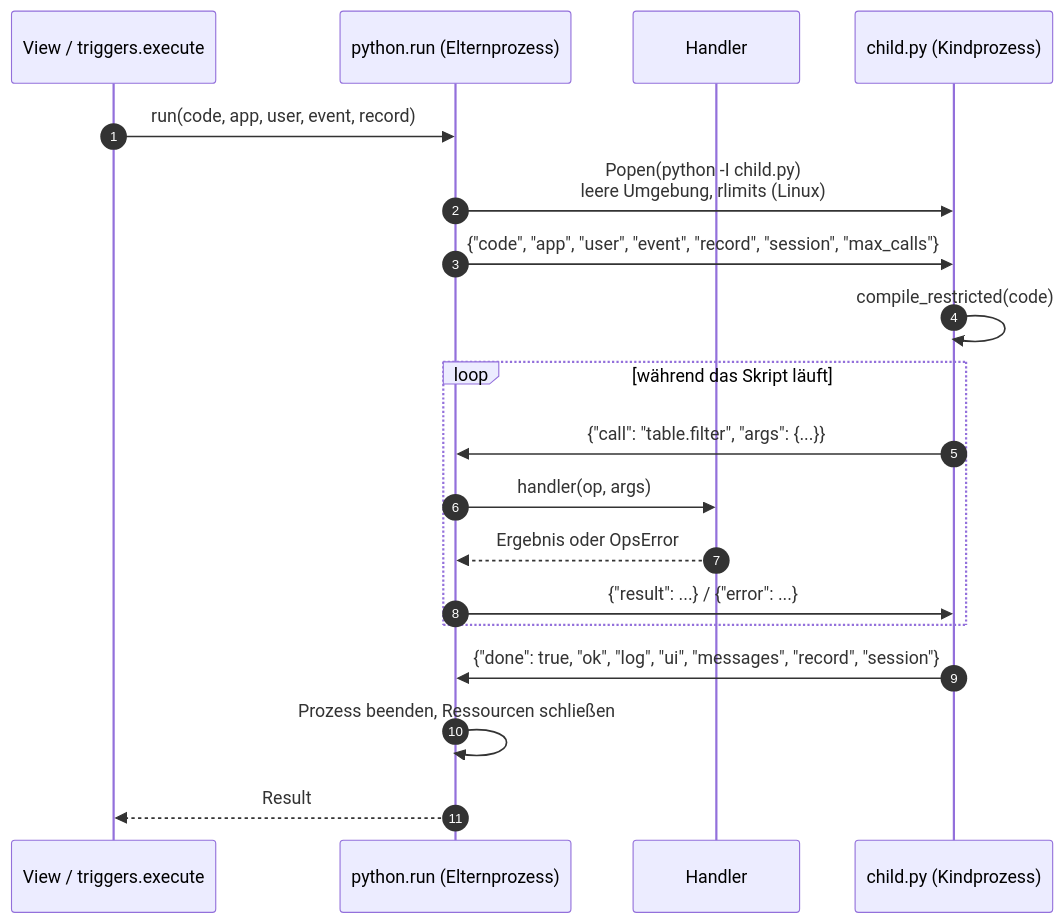
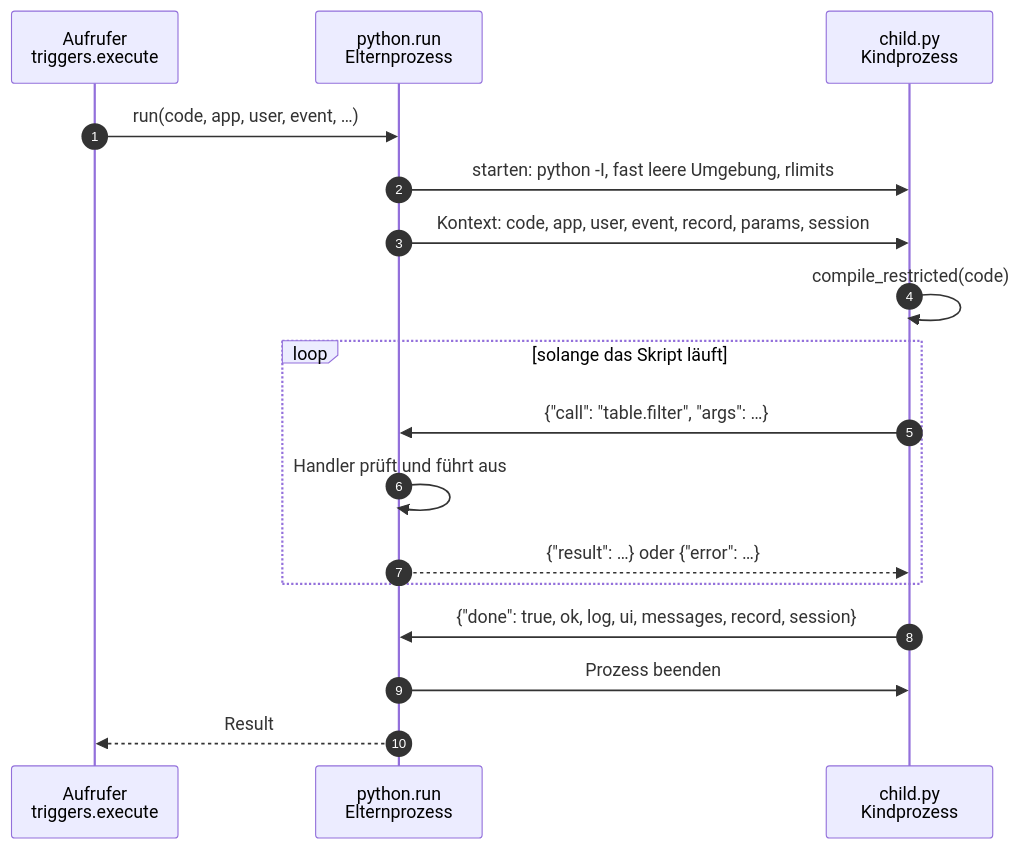
Before and after one commit to Turksat46/Baukasten: the seventh of 15 diagrams in docs/TECHNISCHE_DOKUMENTATION.md, drawn with Mermaid. The commit also changed other lines of this file, not shown here.

Commit message:
Technische Dokumentation: Inhalt gegen den Code geprüft, Diagramme neu gestaltet

````diff
--- a/docs/TECHNISCHE_DOKUMENTATION.md
+++ b/docs/TECHNISCHE_DOKUMENTATION.md
@@ -395,22 +492,20 @@
 ```mermaid
 sequenceDiagram
     autonumber
-    participant V as View / triggers.execute
-    participant P as python.run (Elternprozess)
-    participant H as Handler
-    participant C as child.py (Kindprozess)
+    participant A as Aufrufer<br/>triggers.execute
+    participant P as python.run<br/>Elternprozess
+    participant C as child.py<br/>Kindprozess
 
-    V->>P: run(code, app, user, event, record)
-    P->>C: Popen(python -I child.py)<br/>leere Umgebung, rlimits (Linux)
-    P->>C: {"code", "app", "user", "event", "record", "session", "max_calls"}
+    A->>P: run(code, app, user, event, …)
+    P->>C: starten: python -I, fast leere Umgebung, rlimits
+    P->>C: Kontext: code, app, user, event, record, params, session
     C->>C: compile_restricted(code)
-    loop während das Skript läuft
-        C->>P: {"call": "table.filter", "args": {...}}
-        P->>H: handler(op, args)
-        H-->>P: Ergebnis oder OpsError
-        P->>C: {"result": ...} / {"error": ...}
+    loop solange das Skript läuft
+        C->>P: {"call": "table.filter", "args": …}
+        P->>P: Handler prüft und führt aus
+        P-->>C: {"result": …} oder {"error": …}
     end
-    C->>P: {"done": true, "ok", "log", "ui", "messages", "record", "session"}
-    P->>P: Prozess beenden, Ressourcen schließen
-    P-->>V: Result
+    C->>P: {"done": true, ok, log, ui, messages, record, session}
+    P->>C: Prozess beenden
+    P-->>A: Result
 ```
````
